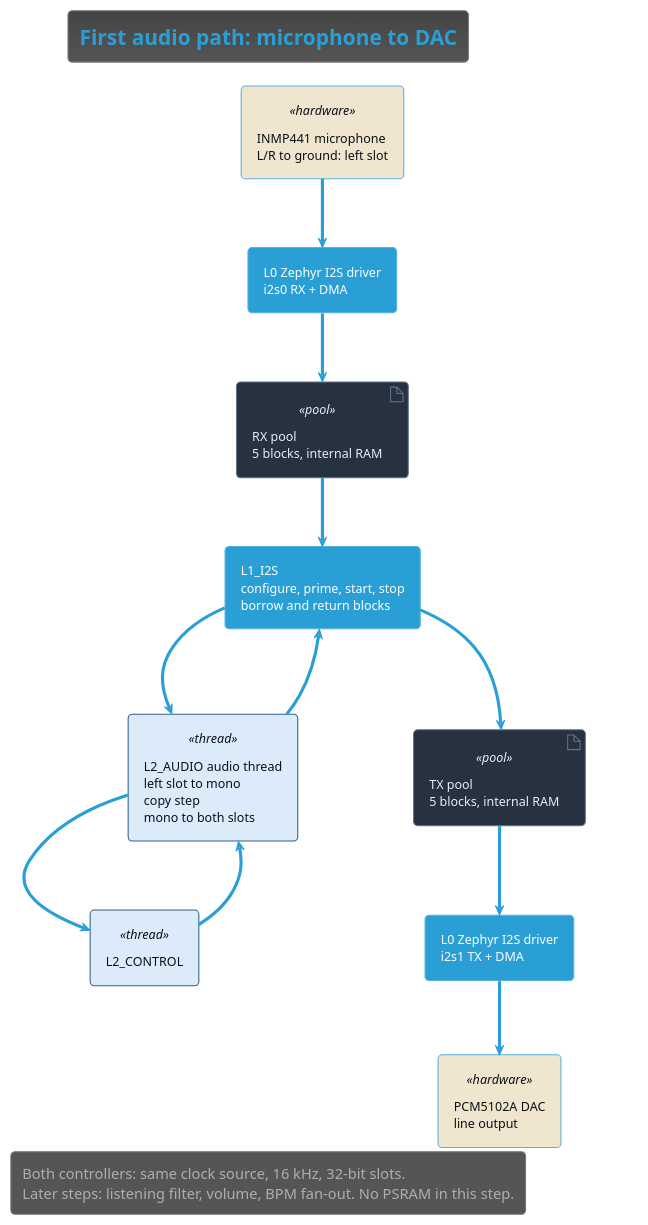
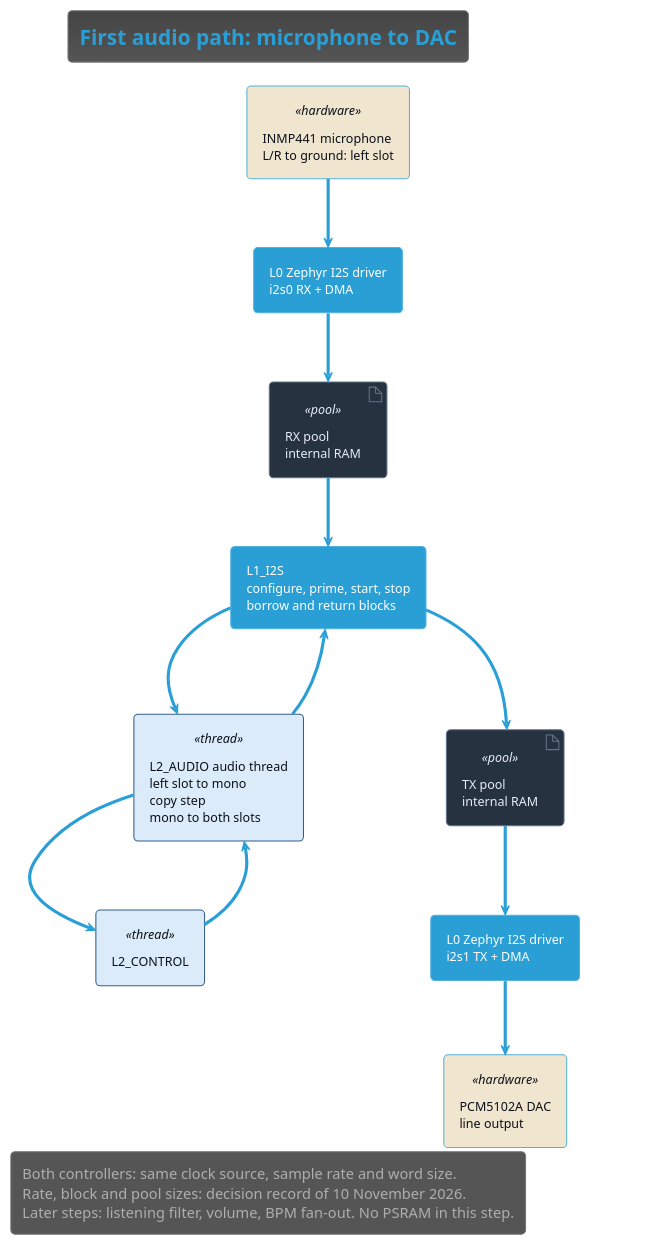
One commit to DemonicPsychoII/DigitalStethoscope changed the diagram in Development/system/architecture/AUDIO/audio-path.puml. Above: the diagram before and after it, drawn with PlantUML. The commit also changed 5 other files, not shown here.

First line of the commit message:
TICKET-185: documentation: apply the 64-frame block and five plus five pools to P01, P02, P11 and the shared block sizes, and keep design values out of the audio path view

```diff
--- a/Development/system/architecture/AUDIO/audio-path.puml
+++ b/Development/system/architecture/AUDIO/audio-path.puml
@@ -1,44 +1,45 @@
 @startuml audio_path
 !theme cyborg
 !pragma layout smetana
 skinparam shadowing false
 skinparam componentStyle rectangle
 skinparam defaultFontName SansSerif
 skinparam component {
  BackgroundColor<<thread>> #DCEBFA
  BorderColor<<thread>> #345E87
  FontColor<<thread>> #0b1018
  BackgroundColor<<hardware>> #F0E5CF
  FontColor<<hardware>> #0b1018
 }
 skinparam artifact {
  BackgroundColor<<pool>> #273241
  BorderColor<<pool>> #61738a
  FontColor<<pool>> #e6edf7
 }
 title First audio path: microphone to DAC
 top to bottom direction
 component "INMP441 microphone\nL/R to ground: left slot" as microphone <<hardware>>
 component "L0 Zephyr I2S driver\ni2s0 RX + DMA" as receiveDriver
-artifact "RX pool\n5 blocks, internal RAM" as receivePool <<pool>>
+artifact "RX pool\ninternal RAM" as receivePool <<pool>>
 component "L1_I2S\nconfigure, prime, start, stop\nborrow and return blocks" as transport
 component "L2_AUDIO audio thread\nleft slot to mono\ncopy step\nmono to both slots" as audio <<thread>>
-artifact "TX pool\n5 blocks, internal RAM" as transmitPool <<pool>>
+artifact "TX pool\ninternal RAM" as transmitPool <<pool>>
 component "L0 Zephyr I2S driver\ni2s1 TX + DMA" as transmitDriver
 component "PCM5102A DAC\nline output" as dac <<hardware>>
 component "L2_CONTROL" as control <<thread>>
 microphone --> receiveDriver : I2S frames
 receiveDriver --> receivePool : DMA fills a block
 receivePool --> transport : completed block
 transport --> audio : received block, lent
 audio --> transport : filled TX block\nreceived block returned
 transport --> transmitPool : queued block
 transmitPool --> transmitDriver : DMA plays a block
 transmitDriver --> dac : I2S frames, left = right
 control --> audio : Start / Stop · k_msgq
 audio --> control : started, stopped, fault · k_msgq
 legend bottom
-  Both controllers: same clock source, 16 kHz, 32-bit slots.
+  Both controllers: same clock source, sample rate and word size.
+  Rate, block and pool sizes: decision record of 10 November 2026.
   Later steps: listening filter, volume, BPM fan-out. No PSRAM in this step.
 endlegend
 @enduml
```
